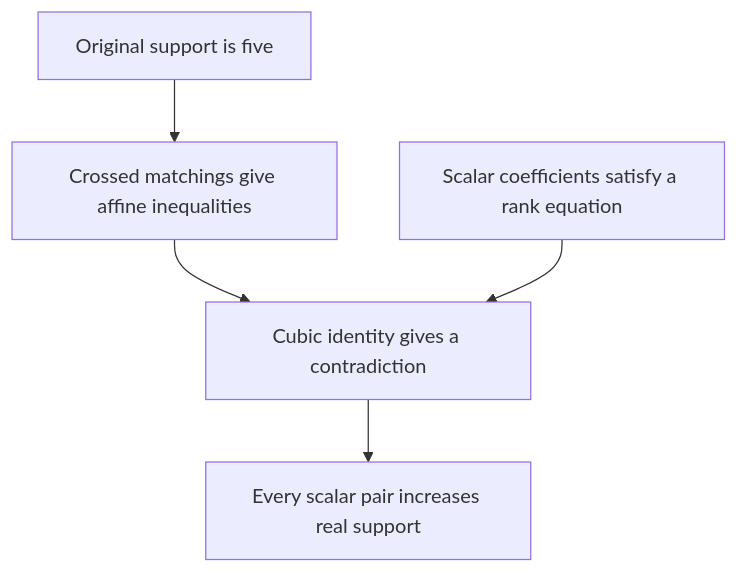
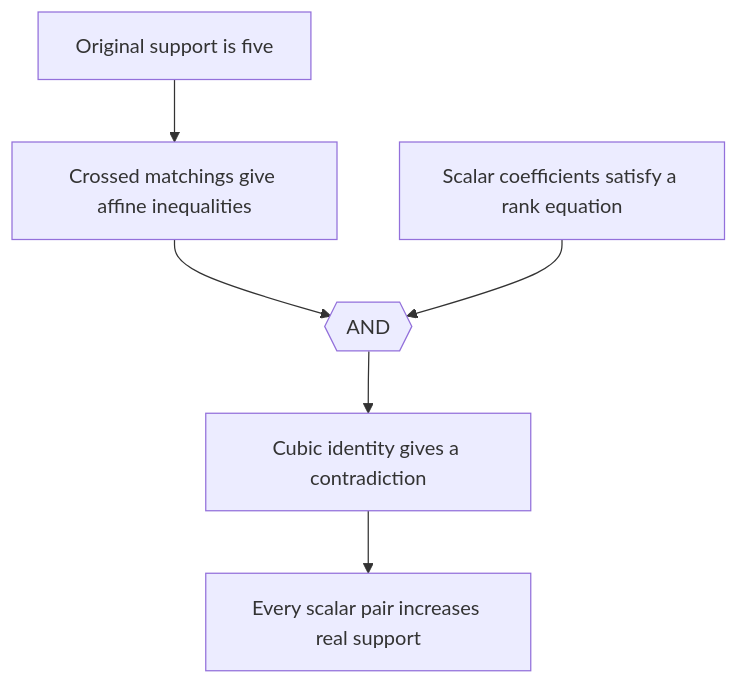
Before and after one commit to ascendnoosphere/MOC: the diagram in Docs/order-four-scalar-padding-proof-map.md, drawn with Mermaid. The commit also changed other lines of this file and 148 other files, not shown here.

````diff
--- a/Docs/order-four-scalar-padding-proof-map.md
+++ b/Docs/order-four-scalar-padding-proof-map.md
@@ -34,12 +35,14 @@
 ```mermaid
 flowchart TD
     Products["Original support is five"]
     Exchanges["Crossed matchings give affine inequalities"]
     Rank["Scalar coefficients satisfy a rank equation"]
+    Both{{"AND"}}
     Certificate["Cubic identity gives a contradiction"]
     Conclusion["Every scalar pair increases real support"]
     Products --> Exchanges
-    Exchanges --> Certificate
-    Rank --> Certificate
+    Exchanges --> Both
+    Rank --> Both
+    Both --> Certificate
     Certificate --> Conclusion
 ```
````
